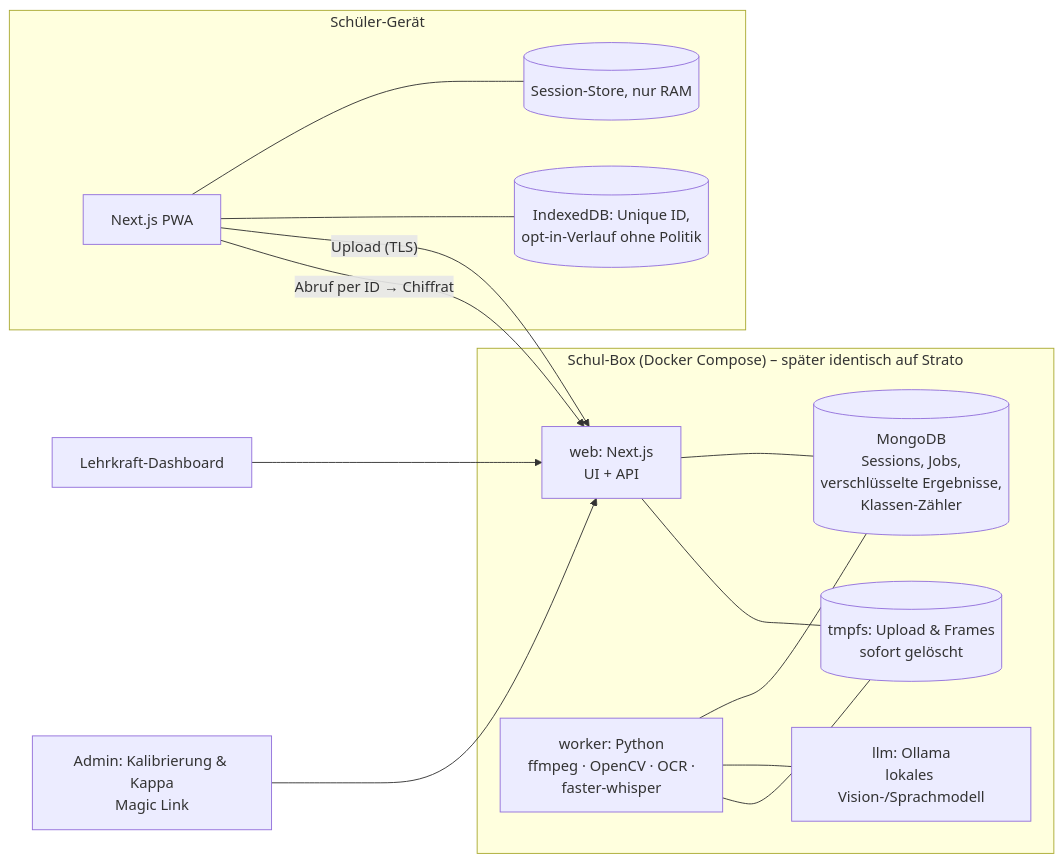
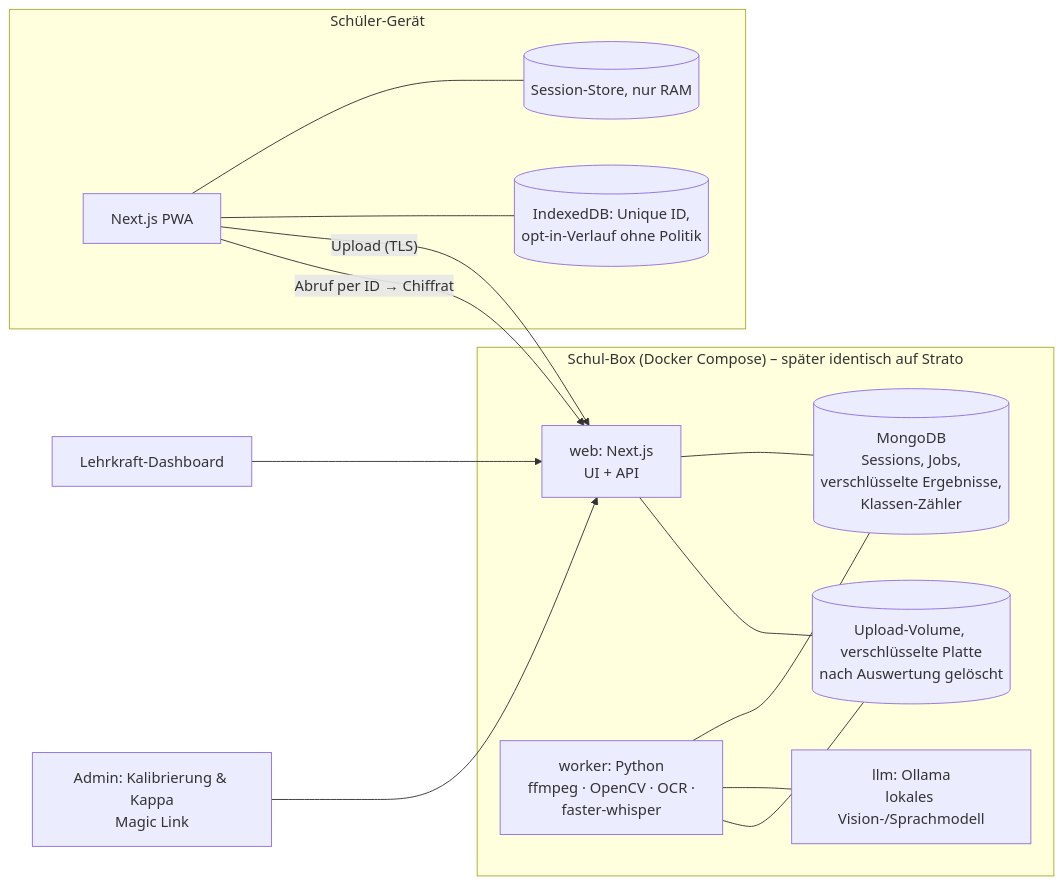
The second of 2 diagrams in docs/ARCHITEKTUR.md (Hilsji/data-safe), drawn with Mermaid before and after one commit. The commit also changed other lines of this file and 36 other files, not shown here.

````diff
--- a/docs/ARCHITEKTUR.md
+++ b/docs/ARCHITEKTUR.md
@@ -115,25 +115,25 @@
 ```mermaid
 flowchart LR
   subgraph Geraet["Schüler-Gerät"]
     PWA[Next.js PWA]
     RAM[(Session-Store, nur RAM)]
     IDB[(IndexedDB: Unique ID,<br/>opt-in-Verlauf ohne Politik)]
     PWA --- RAM & IDB
   end
   subgraph Box["Schul-Box (Docker Compose) – später identisch auf Strato"]
     WEB[web: Next.js<br/>UI + API]
     Q[(MongoDB<br/>Sessions, Jobs,<br/>verschlüsselte Ergebnisse,<br/>Klassen-Zähler)]
     W[worker: Python<br/>ffmpeg · OpenCV · OCR ·<br/>faster-whisper]
     LLM[llm: Ollama<br/>lokales Vision-/Sprachmodell]
-    TMP[(tmpfs: Upload & Frames<br/>sofort gelöscht)]
+    TMP[(Upload-Volume, verschlüsselte Platte<br/>nach Auswertung gelöscht)]
     WEB --- Q
     W --- Q
     W --- LLM
     W --- TMP
     WEB --- TMP
   end
   PWA -- "Upload (TLS)" --> WEB
   PWA -- "Abruf per ID → Chiffrat" --> WEB
   T[Lehrkraft-Dashboard] --> WEB
   A[Admin: Kalibrierung & Kappa<br/>Magic Link] --> WEB
 ```
````
